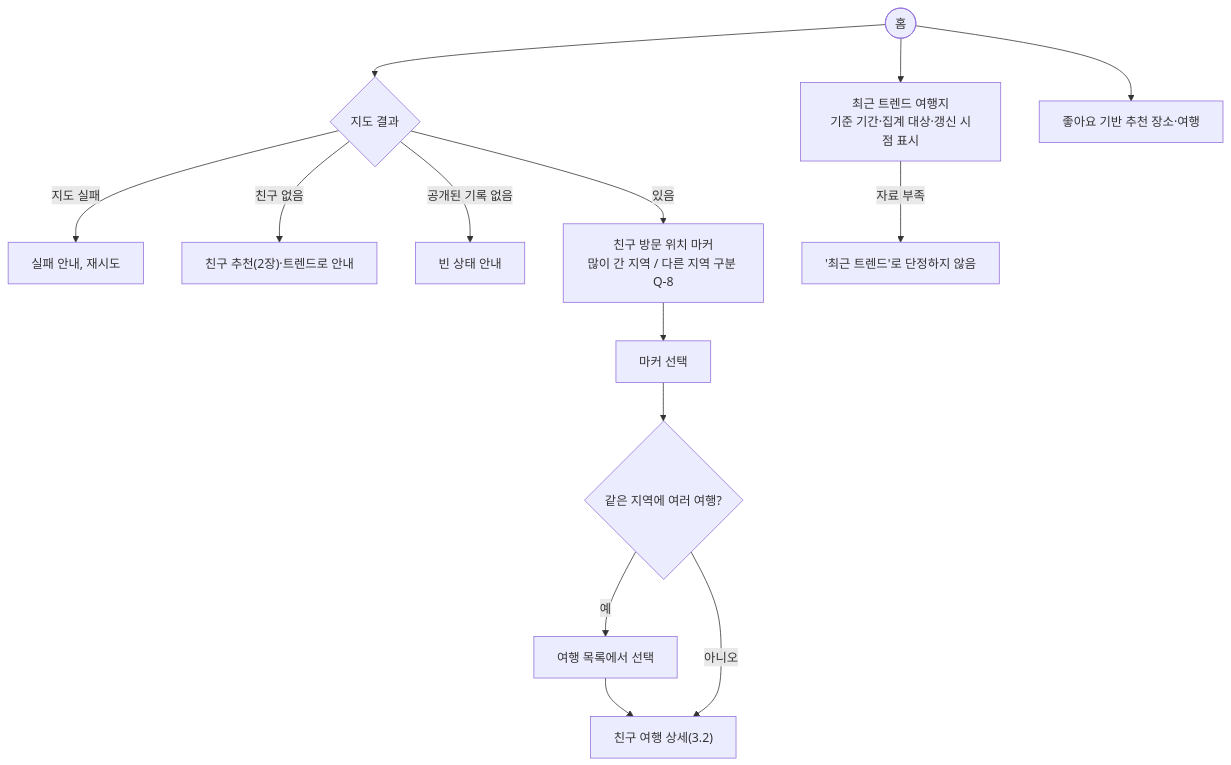
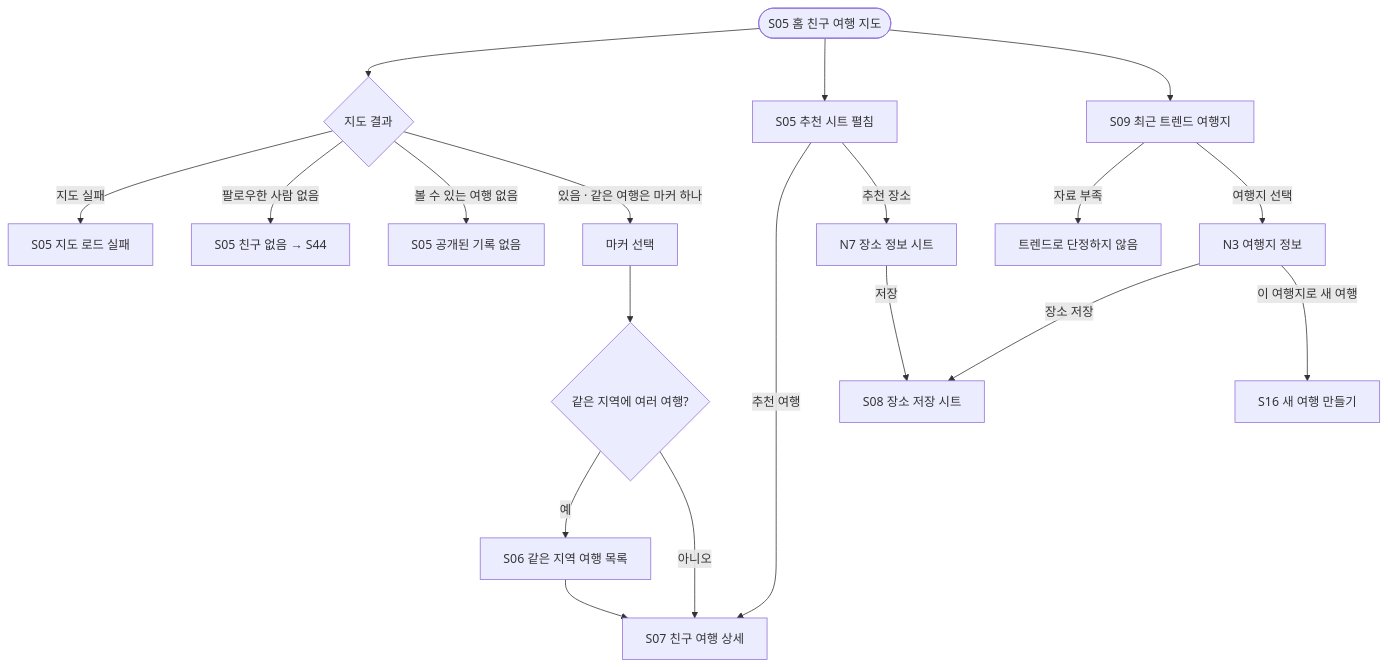
Before and after one commit to a204-eodilog/eodilog: the fifth of 24 diagrams in docs/flow/user-flow.md, drawn with Mermaid. The commit also changed other lines of this file, not shown here.

````diff
--- a/docs/flow/user-flow.md
+++ b/docs/flow/user-flow.md
@@ -132,15 +142,19 @@
 ```mermaid
 flowchart TD
-    HOME(["홈"]) --> LOAD{"지도 결과"}
-    LOAD -- "지도 실패" --> MF["실패 안내, 재시도"]
-    LOAD -- "친구 없음" --> NF["친구 추천(2장)·트렌드로 안내"]
-    LOAD -- "공개된 기록 없음" --> NR["빈 상태 안내"]
-    LOAD -- "있음" --> MAP["친구 방문 위치 마커<br/>많이 간 지역 / 다른 지역 구분 Q-8"]
-    MAP --> MK["마커 선택"]
-    MK --> MULTI{"같은 지역에 여러 여행?"}
-    MULTI -- "예" --> PICK["여행 목록에서 선택"] --> DET
-    MULTI -- "아니오" --> DET["친구 여행 상세(3.2)"]
-    HOME --> TR["최근 트렌드 여행지<br/>기준 기간·집계 대상·갱신 시점 표시"]
-    TR -- "자료 부족" --> TRN["'최근 트렌드'로 단정하지 않음"]
-    HOME --> LK["좋아요 기반 추천 장소·여행"]
+    S05(["S05 홈 친구 여행 지도"]) --> LD{"지도 결과"}
+    LD -- "지도 실패" --> MF["S05 지도 로드 실패"]
+    LD -- "팔로우한 사람 없음" --> NF["S05 친구 없음 → S44"]
+    LD -- "볼 수 있는 여행 없음" --> NR["S05 공개된 기록 없음"]
+    LD -- "있음 · 같은 여행은 마커 하나" --> MK["마커 선택"]
+    MK --> MU{"같은 지역에 여러 여행?"}
+    MU -- "예" --> S06["S06 같은 지역 여행 목록"] --> S07
+    MU -- "아니오" --> S07["S07 친구 여행 상세"]
+    S05 --> REC["S05 추천 시트 펼침"]
+    S05 --> S09["S09 최근 트렌드 여행지"]
+    S09 -- "자료 부족" --> S09E["트렌드로 단정하지 않음"]
+    S09 -- "여행지 선택" --> N3["N3 여행지 정보"]
+    N3 -- "장소 저장" --> S08["S08 장소 저장 시트"]
+    N3 -- "이 여행지로 새 여행" --> S16["S16 새 여행 만들기"]
+    REC -- "추천 여행" --> S07
+    REC -- "추천 장소" --> N7["N7 장소 정보 시트"] -- "저장" --> S08
 ```
````
